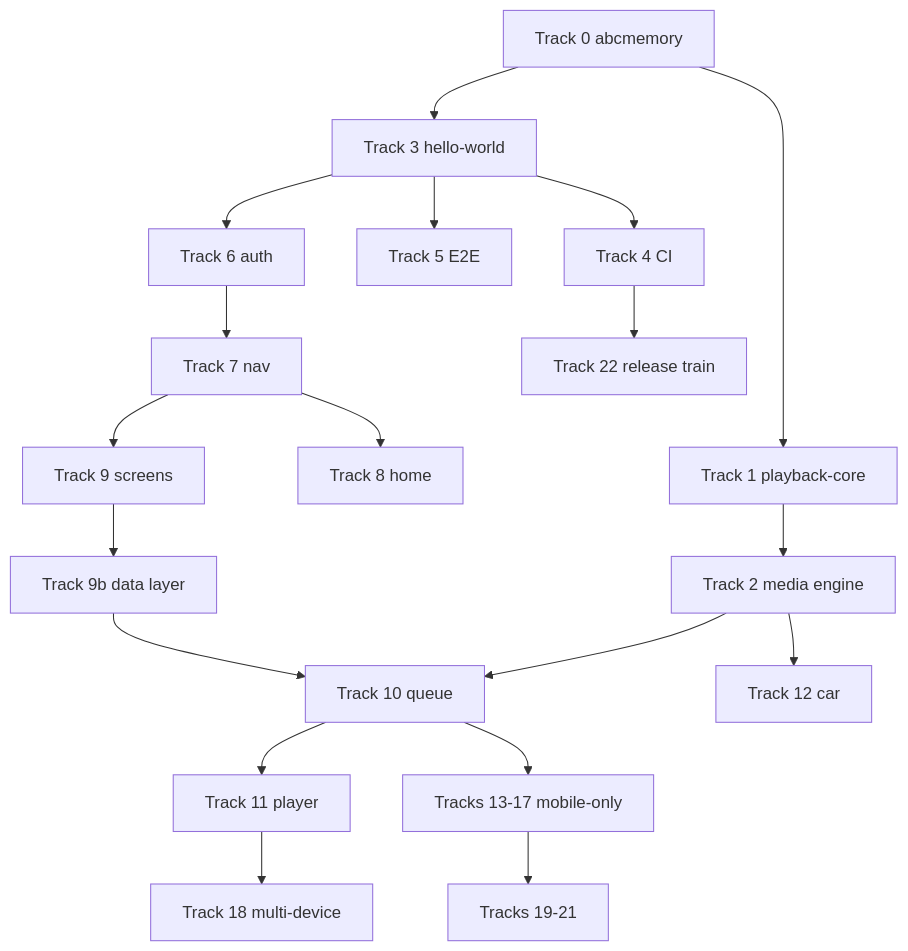
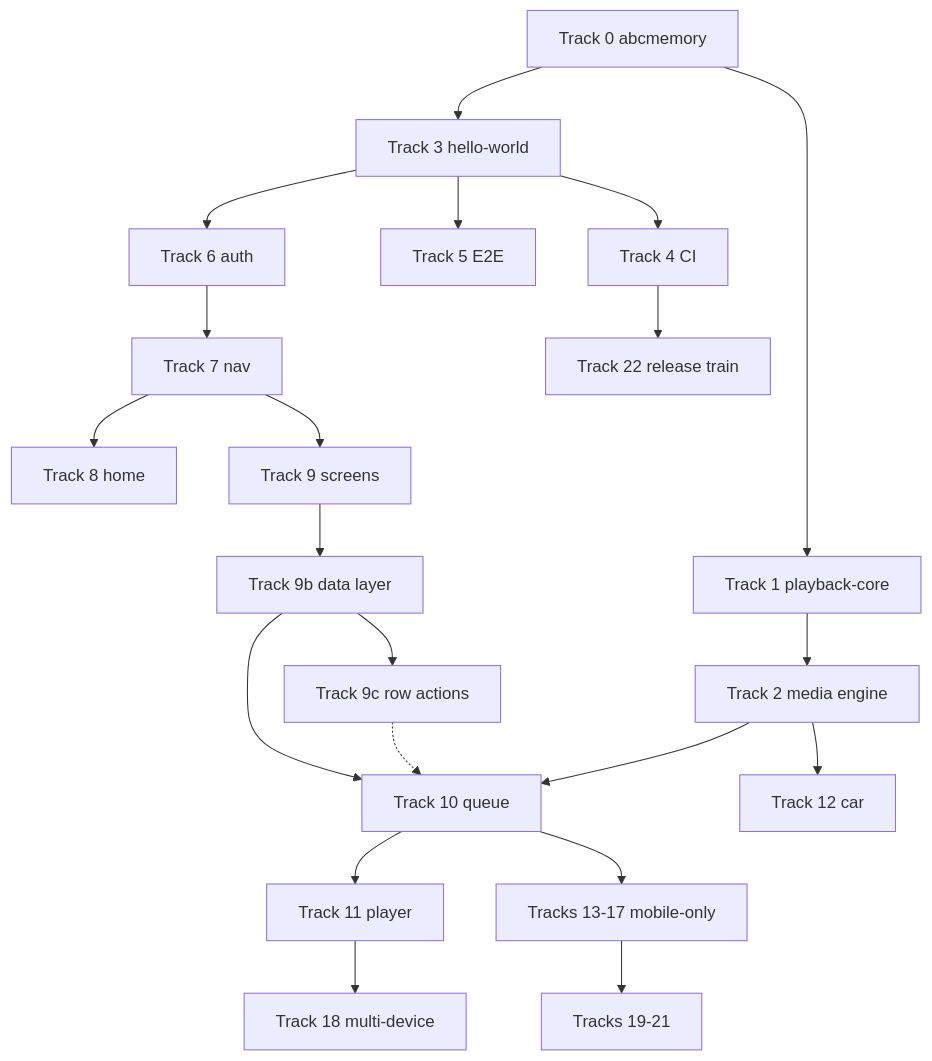
The first of 2 diagrams in docs/proposals/mobile/_master-plan_/001-MASTER-PLAN.md (podverse/podverse), drawn with Mermaid before and after one commit. The commit also changed other lines of this file and 156 other files, not shown here.

````diff
--- a/docs/proposals/mobile/_master-plan_/001-MASTER-PLAN.md
+++ b/docs/proposals/mobile/_master-plan_/001-MASTER-PLAN.md
@@ -80,21 +87,23 @@
 ```mermaid
 flowchart TB
   T0[Track 0 abcmemory] --> T1[Track 1 playback-core]
   T0 --> T3[Track 3 hello-world]
   T1 --> T2[Track 2 media engine]
   T3 --> T4[Track 4 CI]
   T3 --> T5[Track 5 E2E]
   T3 --> T6[Track 6 auth]
   T6 --> T7[Track 7 nav]
   T7 --> T8[Track 8 home]
   T7 --> T9[Track 9 screens]
   T9 --> T9b[Track 9b data layer]
   T9b --> T10[Track 10 queue]
+  T9b --> T9c[Track 9c row actions]
+  T9c -.-> T10
   T2 --> T10
   T10 --> T11[Track 11 player]
   T2 --> T12[Track 12 car]
   T10 --> T13[Tracks 13-17 mobile-only]
   T11 --> T18[Track 18 multi-device]
   T13 --> T19[Tracks 19-21]
   T4 --> T22[Track 22 release train]
 ```
````
